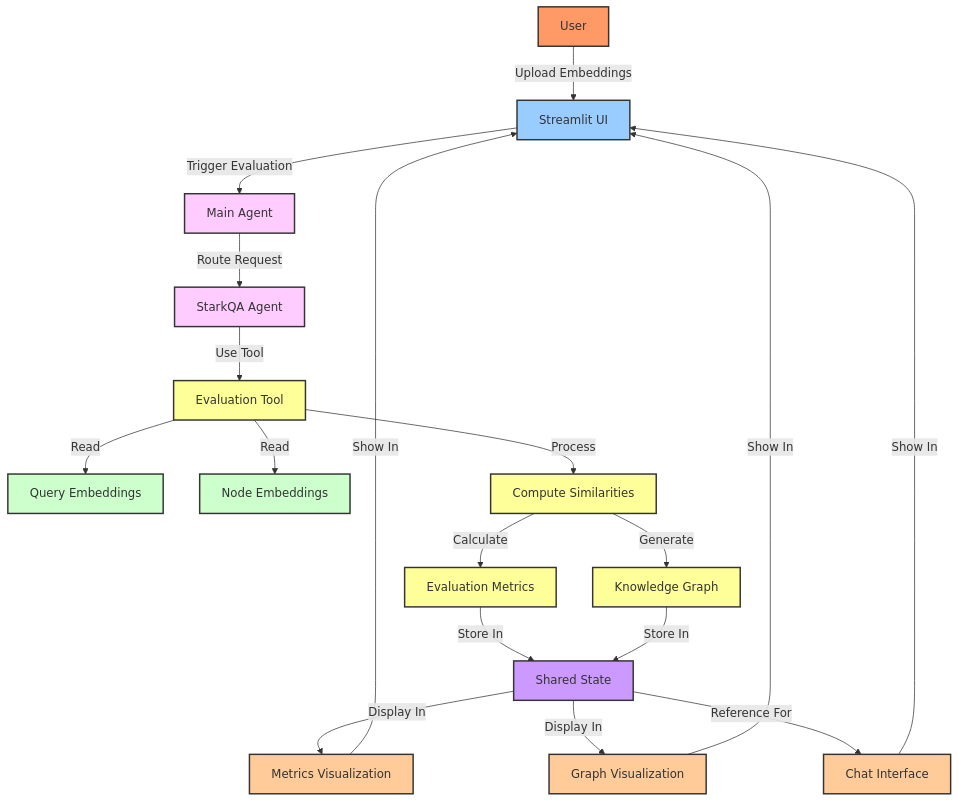
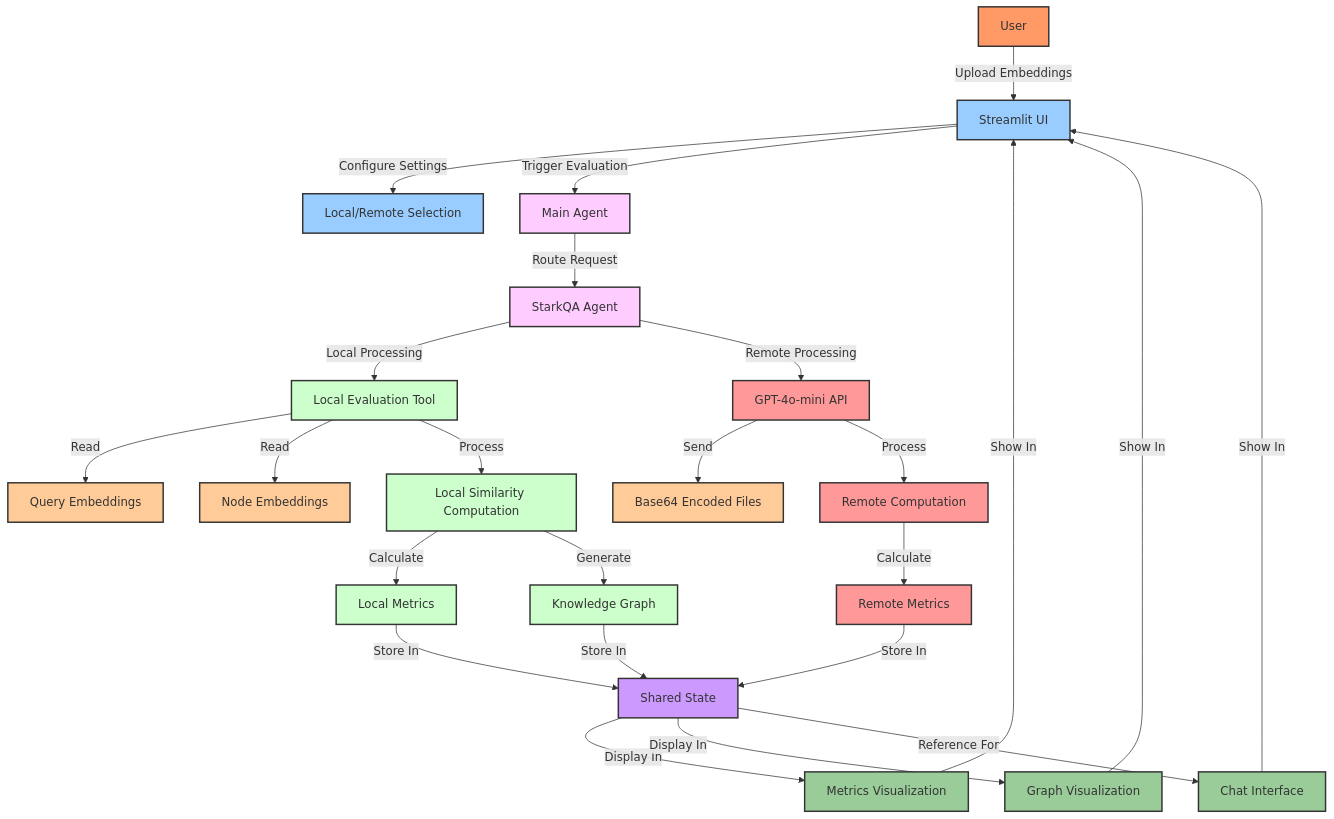
One commit to ansh-info/stark-agent changed the first of 5 diagrams in README.md. Above: the diagram before and after it, drawn with Mermaid. The commit also changed other lines of this file, not shown here.

Commit message:
Add: Mermaid with Data Flow Diagram with Remote Processing

````diff
--- a/README.md
+++ b/README.md
@@ -11,41 +48,55 @@
 ```mermaid
 graph TD
     A[User] -->|Upload Embeddings| B[Streamlit UI]
+    B -->|Configure Settings| B1[Local/Remote Selection]
     B -->|Trigger Evaluation| C[Main Agent]
+
     C -->|Route Request| D[StarkQA Agent]
-    D -->|Use Tool| E[Evaluation Tool]
 
-    E -->|Read| F1[Query Embeddings]
-    E -->|Read| F2[Node Embeddings]
-    E -->|Process| G[Compute Similarities]
-    G -->|Calculate| H[Evaluation Metrics]
-    G -->|Generate| I[Knowledge Graph]
+    D -->|Local Processing| E1[Local Evaluation Tool]
+    D -->|Remote Processing| E2[GPT-4o-mini API]
 
-    H -->|Store In| J[Shared State]
-    I -->|Store In| J
+    E1 -->|Read| F1[Query Embeddings]
+    E1 -->|Read| F2[Node Embeddings]
+    E1 -->|Process| G1[Local Similarity Computation]
+
+    E2 -->|Send| F3[Base64 Encoded Files]
+    E2 -->|Process| G2[Remote Computation]
+
+    G1 -->|Calculate| H1[Local Metrics]
+    G2 -->|Calculate| H2[Remote Metrics]
+
+    G1 -->|Generate| I1[Knowledge Graph]
+
+    H1 -->|Store In| J[Shared State]
+    H2 -->|Store In| J
+    I1 -->|Store In| J
 
     J -->|Display In| K1[Metrics Visualization]
     J -->|Display In| K2[Graph Visualization]
     J -->|Reference For| K3[Chat Interface]
 
     K1 -->|Show In| B
     K2 -->|Show In| B
     K3 -->|Show In| B
 
     %% Styling
     classDef user fill:#f96,stroke:#333,stroke-width:2px
     classDef ui fill:#9cf,stroke:#333,stroke-width:2px
     classDef agent fill:#fcf,stroke:#333,stroke-width:2px
-    classDef data fill:#cfc,stroke:#333,stroke-width:2px
+    classDef local fill:#cfc,stroke:#333,stroke-width:2px
+    classDef remote fill:#f99,stroke:#333,stroke-width:2px
+    classDef data fill:#fc9,stroke:#333,stroke-width:2px
     classDef process fill:#ff9,stroke:#333,stroke-width:2px
     classDef state fill:#c9f,stroke:#333,stroke-width:2px
-    classDef output fill:#fc9,stroke:#333,stroke-width:2px
+    classDef output fill:#9c9,stroke:#333,stroke-width:2px
 
     class A user
-    class B ui
+    class B,B1 ui
     class C,D agent
-    class F1,F2 data
-    class E,G,H,I process
+    class E1,G1,H1,I1 local
+    class E2,G2,H2 remote
+    class F1,F2,F3 data
     class J state
     class K1,K2,K3 output
 ```
````
